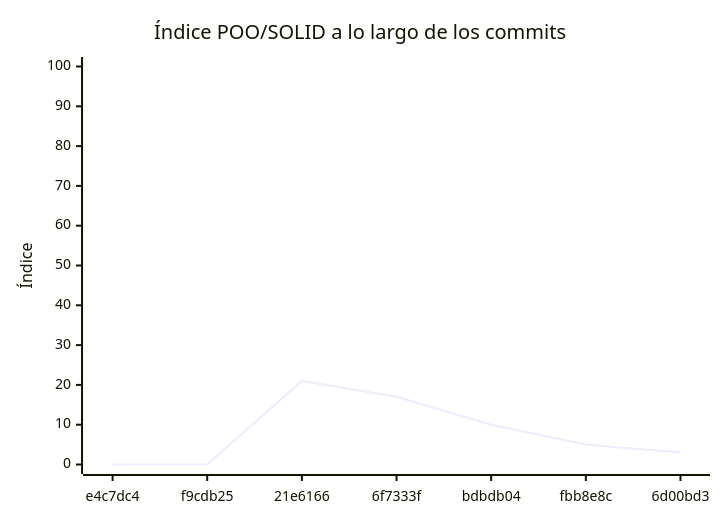
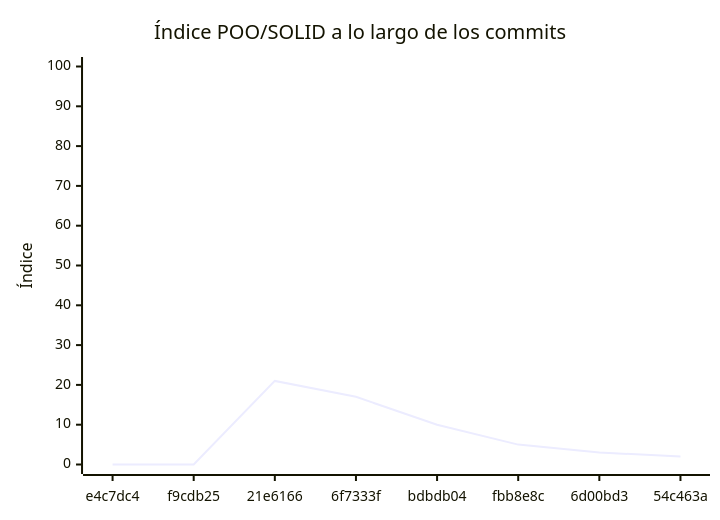
The diagram in docs/EVALUACION.md (etec-francucchiari/simulador-caida-libre-francucchiari), drawn with Mermaid before and after one commit. The commit also changed other lines of this file and 1 other file, not shown here.

````diff
--- a/docs/EVALUACION.md
+++ b/docs/EVALUACION.md
@@ -320,7 +389,7 @@
 ```mermaid
 xychart-beta
     title "Índice POO/SOLID a lo largo de los commits"
-    x-axis ["e4c7dc4", "f9cdb25", "21e6166", "6f7333f", "bdbdb04", "fbb8e8c", "6d00bd3"]
+    x-axis ["e4c7dc4", "f9cdb25", "21e6166", "6f7333f", "bdbdb04", "fbb8e8c", "6d00bd3", "54c463a"]
     y-axis "Índice" 0 --> 100
-    line [0, 0, 21, 17, 10, 5, 3]
+    line [0, 0, 21, 17, 10, 5, 3, 2]
 ```
````
